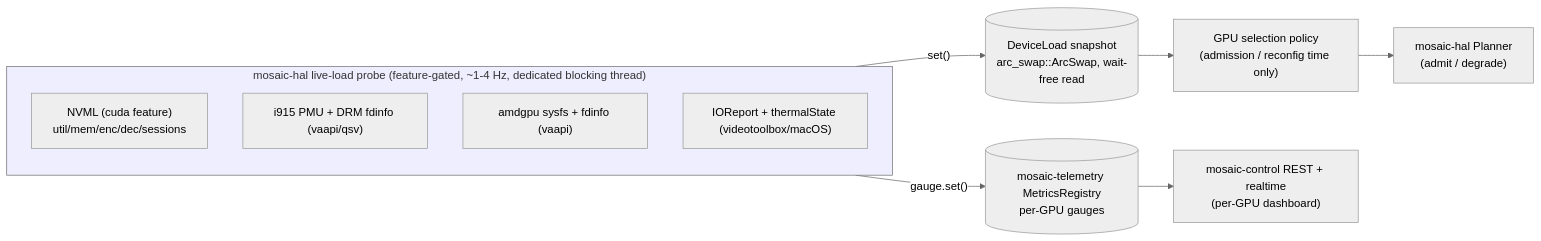
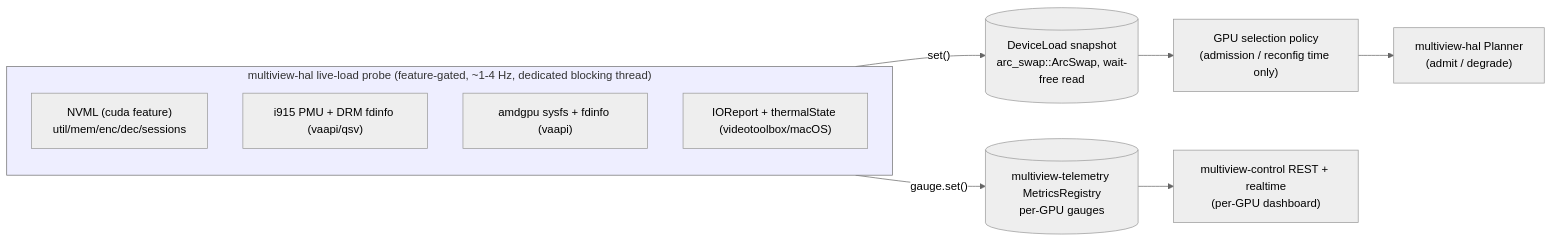
One commit to aperim/multiview changed the diagram in docs/research/gpu-monitoring-and-scheduling.md. Above: the diagram before and after it, drawn with Mermaid (neutral theme). The commit also changed other lines of this file and 1009 other files, not shown here.

First line of the commit message:
refactor: rename project mosaic → multiview

````diff
--- a/docs/research/gpu-monitoring-and-scheduling.md
+++ b/docs/research/gpu-monitoring-and-scheduling.md
@@ -58,15 +58,15 @@
 ```mermaid
 flowchart LR
-    subgraph Probe["mosaic-hal live-load probe (feature-gated, ~1-4 Hz, dedicated blocking thread)"]
+    subgraph Probe["multiview-hal live-load probe (feature-gated, ~1-4 Hz, dedicated blocking thread)"]
         NVML["NVML (cuda feature)\nutil/mem/enc/dec/sessions"]
         I915["i915 PMU + DRM fdinfo (vaapi/qsv)"]
         AMDGPU["amdgpu sysfs + fdinfo (vaapi)"]
         IOREP["IOReport + thermalState (videotoolbox/macOS)"]
     end
     Probe -->|"set()"| SNAP[("DeviceLoad snapshot\narc_swap::ArcSwap, wait-free read")]
-    Probe -->|"gauge.set()"| MET[("mosaic-telemetry MetricsRegistry\nper-GPU gauges")]
+    Probe -->|"gauge.set()"| MET[("multiview-telemetry MetricsRegistry\nper-GPU gauges")]
     SNAP --> SEL["GPU selection policy\n(admission / reconfig time only)"]
-    SEL --> PLAN["mosaic-hal Planner\n(admit / degrade)"]
-    MET --> API["mosaic-control REST + realtime\n(per-GPU dashboard)"]
+    SEL --> PLAN["multiview-hal Planner\n(admit / degrade)"]
+    MET --> API["multiview-control REST + realtime\n(per-GPU dashboard)"]
     style Probe fill:#eef
 ```
````
